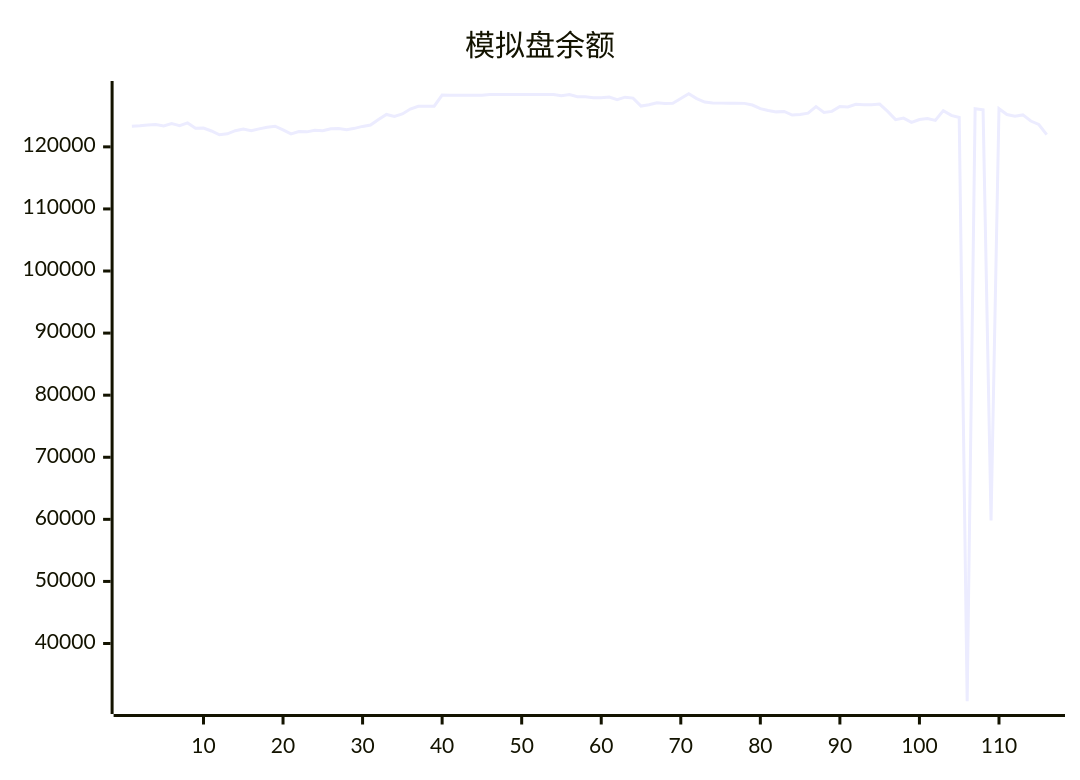
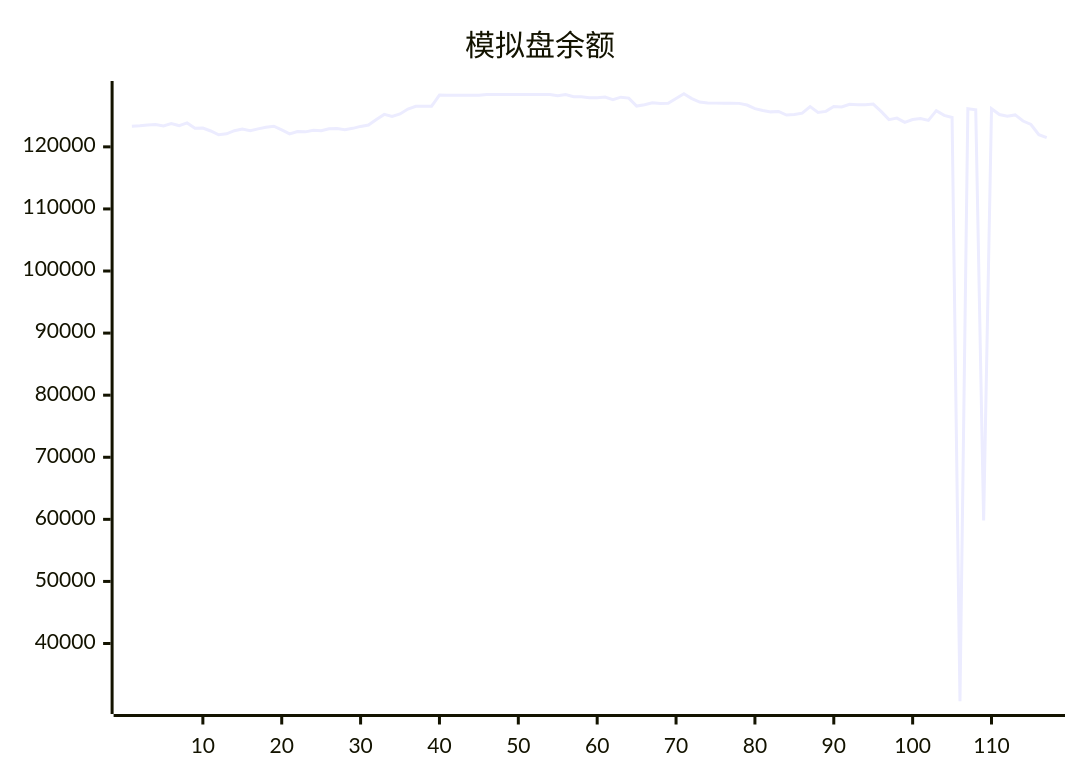
One commit to aahl/ai-trading changed the diagram in README.md. Above: the diagram before and after it, drawn with Mermaid. The commit also changed other lines of this file and 1 other file, not shown here.

````diff
--- a/README.md
+++ b/README.md
@@ -5,5 +5,5 @@
 ```mermaid
 xychart
     title "模拟盘余额"
-    line [123338,123402,123530,123592,123378,123745,123413,123853,123009,123040,122557,121938,122095,122599,122856,122597,122898,123160,123319,122719,122087,122454,122416,122685,122592,122907,122961,122776,122981,123295,123507,124403,125224,124894,125303,126088,126544,126534,126549,128335,128318,128318,128318,128318,128318,128424,128424,128424,128424,128424,128424,128424,128424,128424,128247,128412,128062,128087,127917,127901,128026,127611,128000,127850,126572,126770,127100,126971,127029,127783,128554,127765,127224,127064,127044,127009,127025,127004,126738,126152,125871,125635,125707,125117,125217,125420,126480,125545,125715,126511,126424,126856,126764,126788,126890,125710,124381,124632,123936,124402,124574,124256,125833,125070,124739,30700,126154,125966,59800,126145,125213,124943,125143,124157,123604,121959]
+    line [123338,123402,123530,123592,123378,123745,123413,123853,123009,123040,122557,121938,122095,122599,122856,122597,122898,123160,123319,122719,122087,122454,122416,122685,122592,122907,122961,122776,122981,123295,123507,124403,125224,124894,125303,126088,126544,126534,126549,128335,128318,128318,128318,128318,128318,128424,128424,128424,128424,128424,128424,128424,128424,128424,128247,128412,128062,128087,127917,127901,128026,127611,128000,127850,126572,126770,127100,126971,127029,127783,128554,127765,127224,127064,127044,127009,127025,127004,126738,126152,125871,125635,125707,125117,125217,125420,126480,125545,125715,126511,126424,126856,126764,126788,126890,125710,124381,124632,123936,124402,124574,124256,125833,125070,124739,30700,126154,125966,59800,126145,125213,124943,125143,124157,123604,121959,121476]
 ```
````
